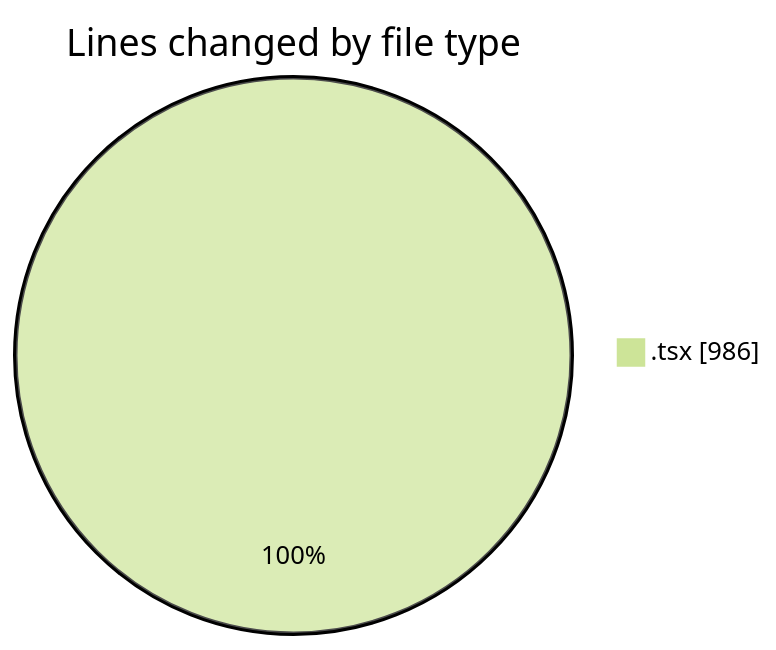
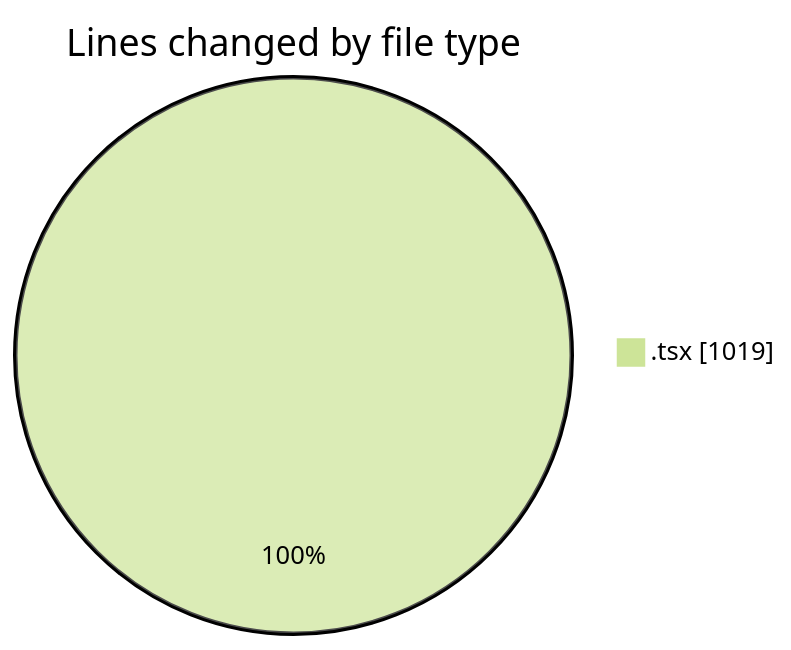
The first of 2 diagrams in 2025-10-10/eventscop-frontend-guide__workspace_/README.md (julien-gomy/code-tracking), drawn with Mermaid (forest theme) before and after one commit. The commit also changed other lines of this file and 1 other file, not shown here.

````diff
--- a/2025-10-10/eventscop-frontend-guide__workspace_/README.md
+++ b/2025-10-10/eventscop-frontend-guide__workspace_/README.md
@@ -21,5 +21,5 @@
 ```mermaid
 pie showData
 title Lines changed by file type
-".tsx" : 986
+".tsx" : 1019
 ```
````
